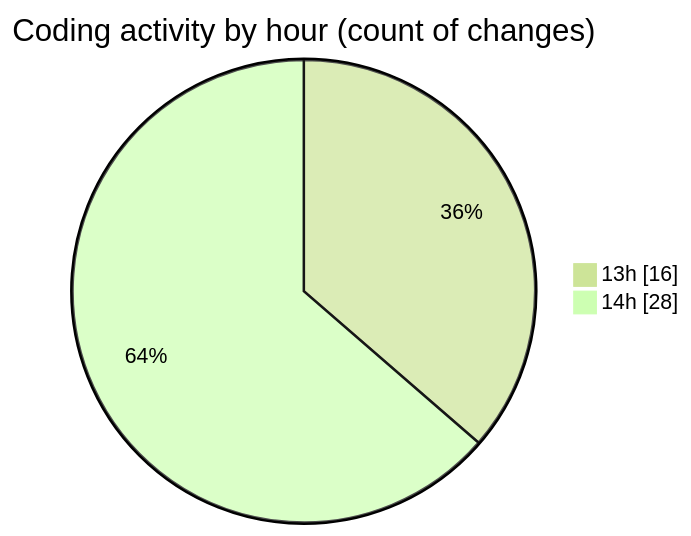
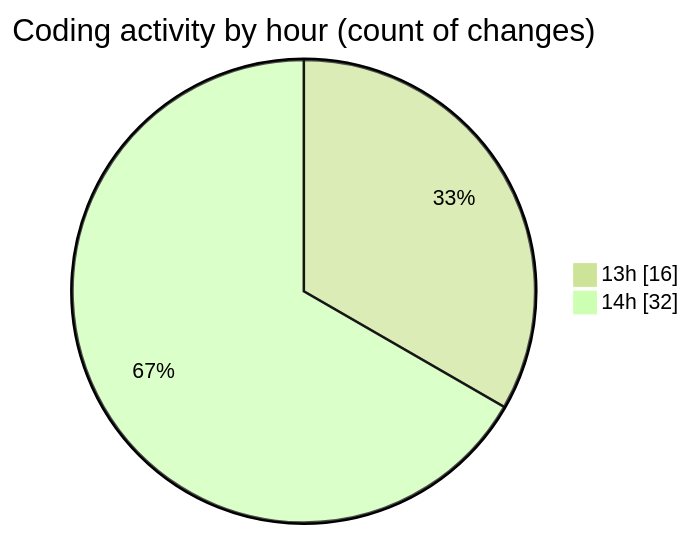
One commit to momahboobian/code-tracking changed the second of 2 diagrams in 2026-02-04/cda/README.md. Above: the diagram before and after it, drawn with Mermaid (forest theme). The commit also changed other lines of this file and 1 other file, not shown here.

````diff
--- a/2026-02-04/cda/README.md
+++ b/2026-02-04/cda/README.md
@@ -28,6 +28,6 @@
 ```mermaid
 pie showData
 title Coding activity by hour (count of changes)
 "13h" : 16
-"14h" : 28
+"14h" : 32
 ```
````
